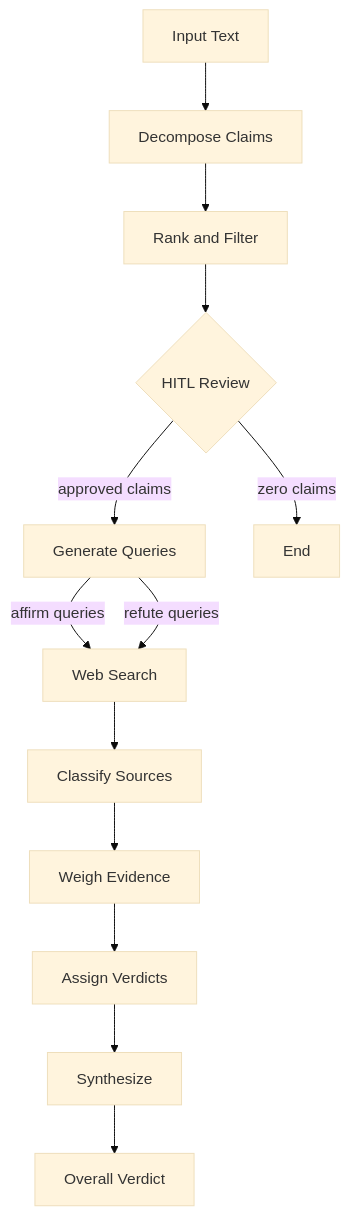
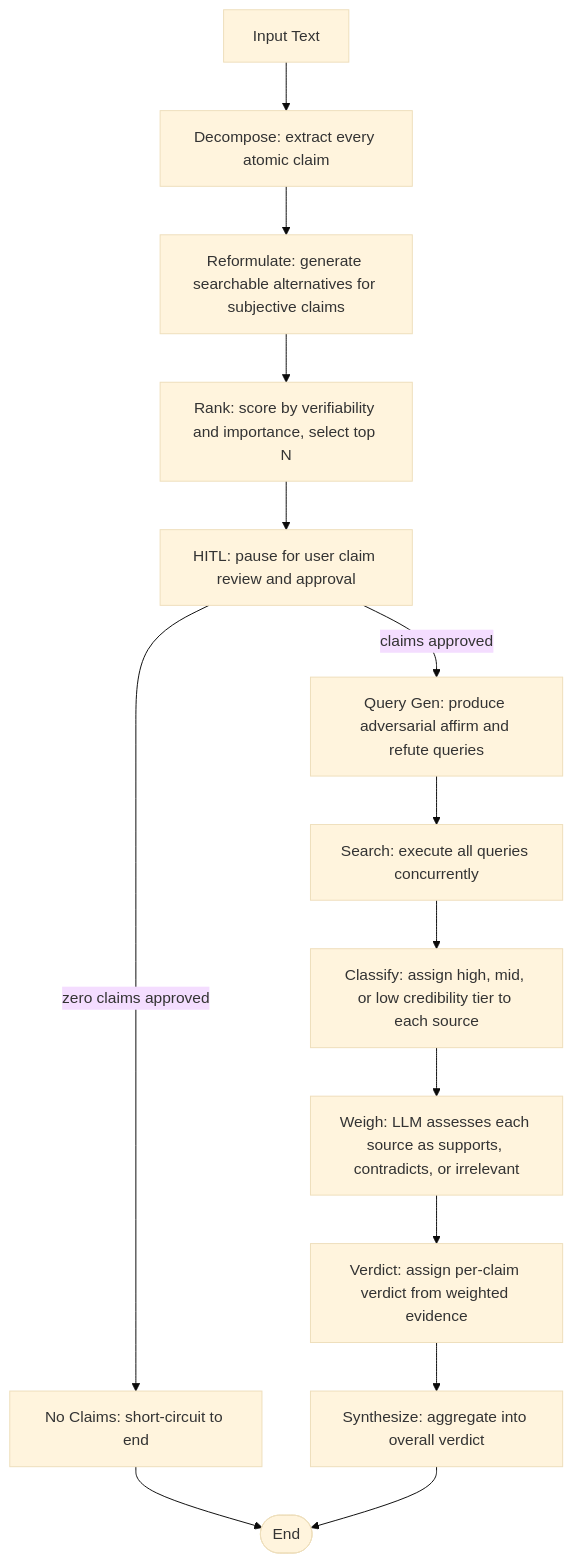
The diagram in README.md (Jacing142/Validity), drawn with Mermaid (base theme) before and after one commit. The commit also changed other lines of this file and 2 other files, not shown here.

````diff
--- a/README.md
+++ b/README.md
@@ -42,17 +28,16 @@
 ```mermaid
 graph TD
-    A[Input Text] --> B[Decompose Claims]
-    B --> C[Rank and Filter]
-    C --> D{HITL Review}
-    D -->|approved claims| E[Generate Queries]
-    D -->|zero claims| Z[End]
-
-    E -->|affirm queries| F[Web Search]
-    E -->|refute queries| F
-
-    F --> G[Classify Sources]
-    G --> H[Weigh Evidence]
-    H --> I[Assign Verdicts]
-    I --> J[Synthesize]
-    J --> K[Overall Verdict]
+    A[Input Text] --> B[Decompose: extract every atomic claim]
+    B --> C[Reformulate: generate searchable alternatives for subjective claims]
+    C --> D[Rank: score by verifiability and importance, select top N]
+    D --> E[HITL: pause for user claim review and approval]
+    E -->|claims approved| F[Query Gen: produce adversarial affirm and refute queries]
+    E -->|zero claims approved| G[No Claims: short-circuit to end]
+    F --> H[Search: execute all queries concurrently]
+    H --> I[Classify: assign high, mid, or low credibility tier to each source]
+    I --> J[Weigh: LLM assesses each source as supports, contradicts, or irrelevant]
+    J --> K[Verdict: assign per-claim verdict from weighted evidence]
+    K --> L[Synthesize: aggregate into overall verdict]
+    G --> Z([End])
+    L --> Z
 ```
````
